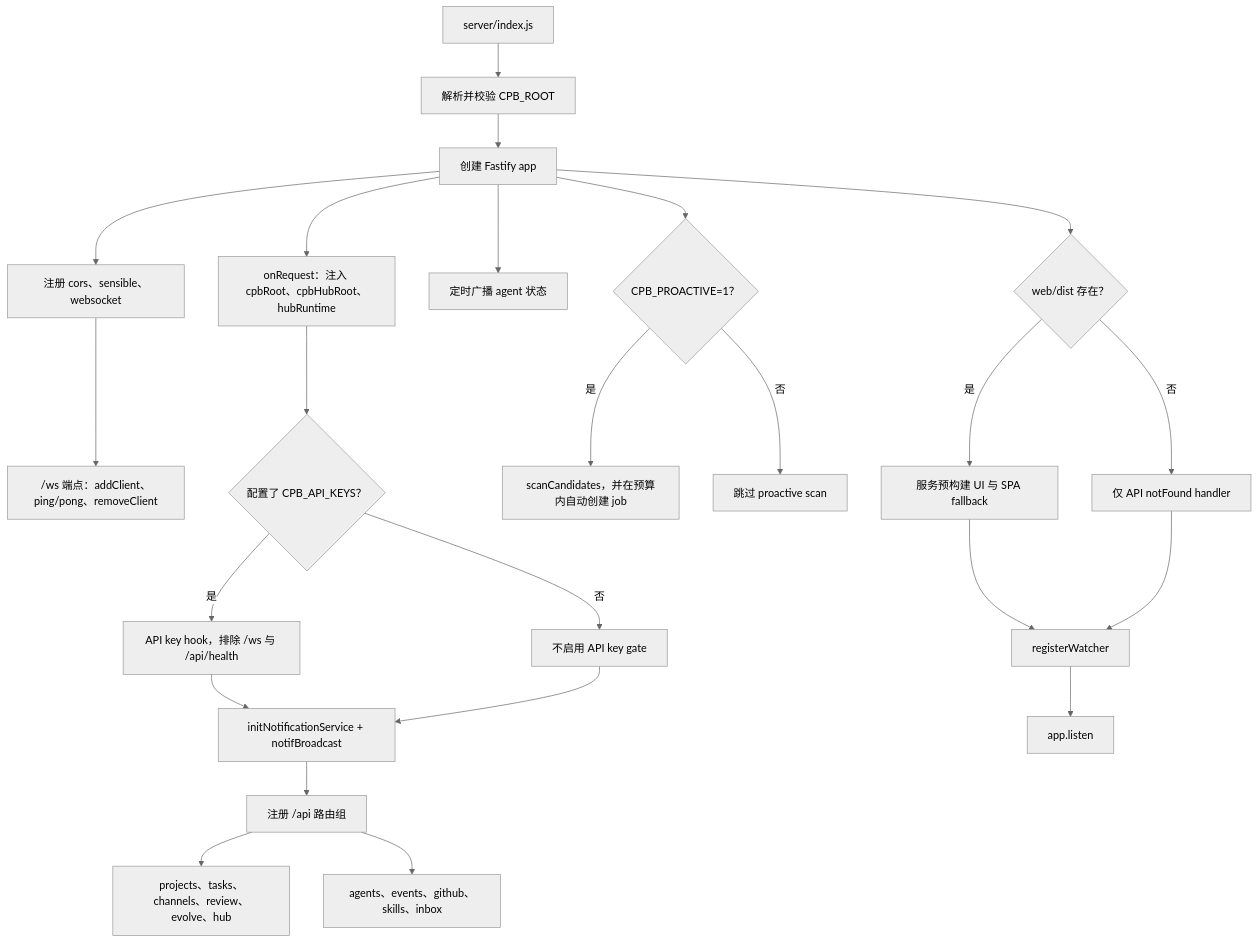
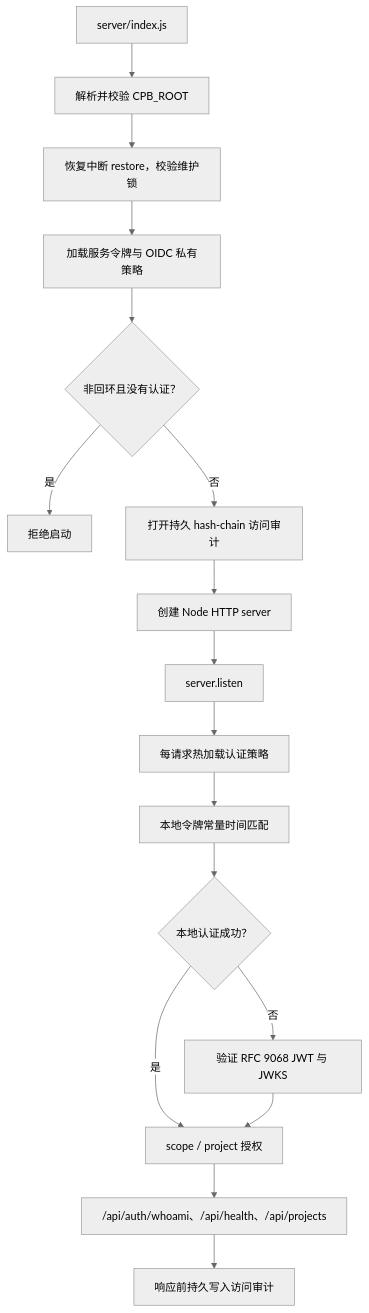
The sixth of 21 diagrams in docs/architecture/unit-flowcharts.md (changw98ic/codepatchbay), drawn with Mermaid (neutral theme) before and after one commit. The commit also changed other lines of this file and 410 other files, not shown here.

````diff
--- a/docs/architecture/unit-flowcharts.md
+++ b/docs/architecture/unit-flowcharts.md
@@ -200,26 +200,19 @@
 ```mermaid
 flowchart TD
   A["server/index.js"] --> B["解析并校验 CPB_ROOT"]
-  B --> C["创建 Fastify app"]
-  C --> D["注册 cors、sensible、websocket"]
-  D --> E["/ws 端点：addClient、ping/pong、removeClient"]
-  C --> F["onRequest：注入 cpbRoot、cpbHubRoot、hubRuntime"]
-  F --> G{"配置了 CPB_API_KEYS？"}
-  G -->|"是"| H["API key hook，排除 /ws 与 /api/health"]
-  G -->|"否"| I["不启用 API key gate"]
-  H --> J["initNotificationService + notifBroadcast"]
-  I --> J
-  J --> K["注册 /api 路由组"]
-  K --> L["projects、tasks、channels、review、evolve、hub"]
-  K --> M["agents、events、github、skills、inbox"]
-  C --> N["定时广播 agent 状态"]
-  C --> O{"CPB_PROACTIVE=1？"}
-  O -->|"是"| P["scanCandidates，并在预算内自动创建 job"]
-  O -->|"否"| Q["跳过 proactive scan"]
-  C --> R{"web/dist 存在？"}
-  R -->|"是"| S["服务预构建 UI 与 SPA fallback"]
-  R -->|"否"| T["仅 API notFound handler"]
-  S --> U["registerWatcher"]
-  T --> U
-  U --> V["app.listen"]
+  B --> C["恢复中断 restore，校验维护锁"]
+  C --> D["加载服务令牌与 OIDC 私有策略"]
+  D --> E{"非回环且没有认证？"}
+  E -->|"是"| F["拒绝启动"]
+  E -->|"否"| G["打开持久 hash-chain 访问审计"]
+  G --> H["创建 Node HTTP server"]
+  H --> P["server.listen"]
+  P --> I["每请求热加载认证策略"]
+  I --> J["本地令牌常量时间匹配"]
+  J --> K{"本地认证成功？"}
+  K -->|"否"| L["验证 RFC 9068 JWT 与 JWKS"]
+  K -->|"是"| M["scope / project 授权"]
+  L --> M
+  M --> N["/api/auth/whoami、/api/health、/api/projects"]
+  N --> O["响应前持久写入访问审计"]
 ```
````
